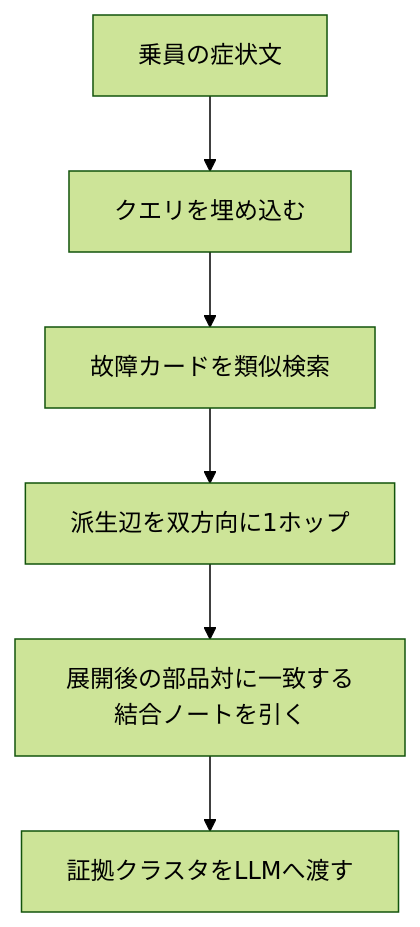
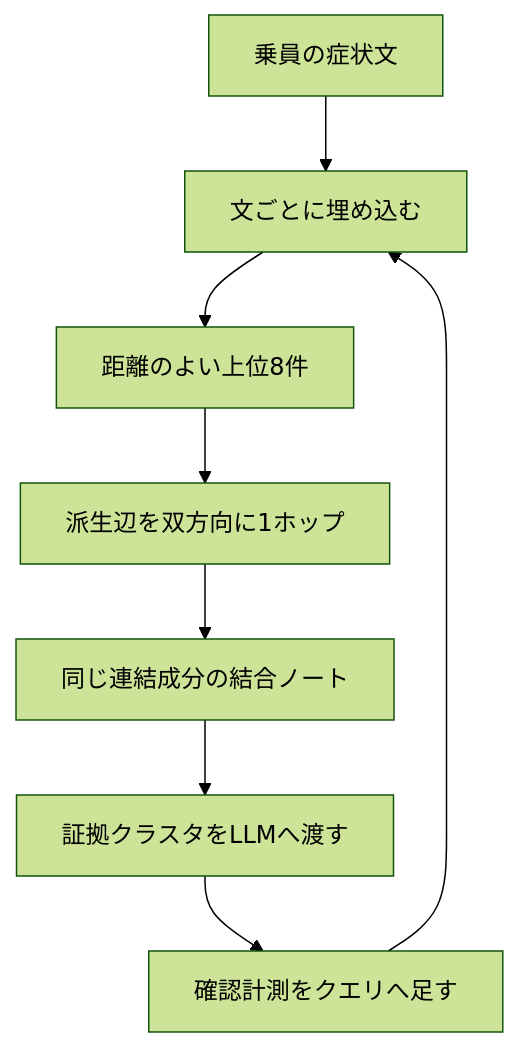
Before and after one commit to plaodas/spaceship-emergency: the diagram in docs/04-retrieval.md, drawn with Mermaid (forest theme). The commit also changed other lines of this file and 19 other files, not shown here.

````diff
--- a/docs/04-retrieval.md
+++ b/docs/04-retrieval.md
@@ -35,10 +35,12 @@
 ```mermaid
 flowchart TD
   query[乗員の症状文]
-  embed[クエリを埋め込む]
-  seeds[故障カードを類似検索]
+  clauses[文ごとに埋め込む]
+  seeds[距離のよい上位8件]
   expand[派生辺を双方向に1ホップ]
-  notes[展開後の部品対に一致する結合ノートを引く]
+  notes[同じ連結成分の結合ノート]
   cluster[証拠クラスタをLLMへ渡す]
-  query --> embed --> seeds --> expand --> notes --> cluster
+  reply[確認計測をクエリへ足す]
+  query --> clauses --> seeds --> expand --> notes --> cluster --> reply
+  reply --> clauses
 ```
````
